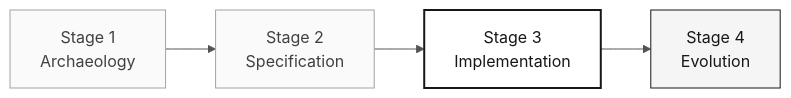
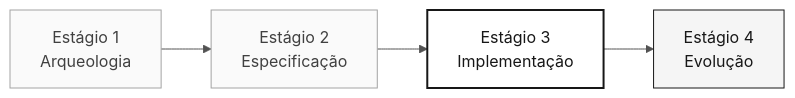
One commit to paulasilvatech/datacorp-sifap-team-kit-pt-br changed the diagram in 05-personas/06-developer/PERSONA.md. Above: the diagram before and after it, drawn with Mermaid. The commit also changed other lines of this file and 361 other files, not shown here.

````diff
--- a/05-personas/06-developer/PERSONA.md
+++ b/05-personas/06-developer/PERSONA.md
@@ -28,11 +28,11 @@
 ```mermaid
 %%{init: {'theme':'neutral','themeVariables':{'fontFamily':'ui-sans-serif, system-ui, sans-serif','primaryColor':'#F5F5F5','primaryTextColor':'#171717','primaryBorderColor':'#171717','lineColor':'#525252','secondaryColor':'#FFFFFF','tertiaryColor':'#FAFAFA','background':'#FFFFFF'}}}%%
 flowchart LR
     classDef step fill:#F5F5F5,stroke:#171717,color:#171717
     classDef active fill:#FFFFFF,stroke:#171717,color:#171717,stroke-width:2px
     classDef muted fill:#FAFAFA,stroke:#A3A3A3,color:#404040
 
-    S1["Stage 1<br/>Archaeology"]:::muted --> S2["Stage 2<br/>Specification"]:::muted
-    S2 --> S3["Stage 3<br/>Implementation"]:::active
-    S3 --> S4["Stage 4<br/>Evolution"]:::step
+    S1["Estágio 1<br/>Arqueologia"]:::muted --> S2["Estágio 2<br/>Especificação"]:::muted
+    S2 --> S3["Estágio 3<br/>Implementação"]:::active
+    S3 --> S4["Estágio 4<br/>Evolução"]:::step
 ```
````
